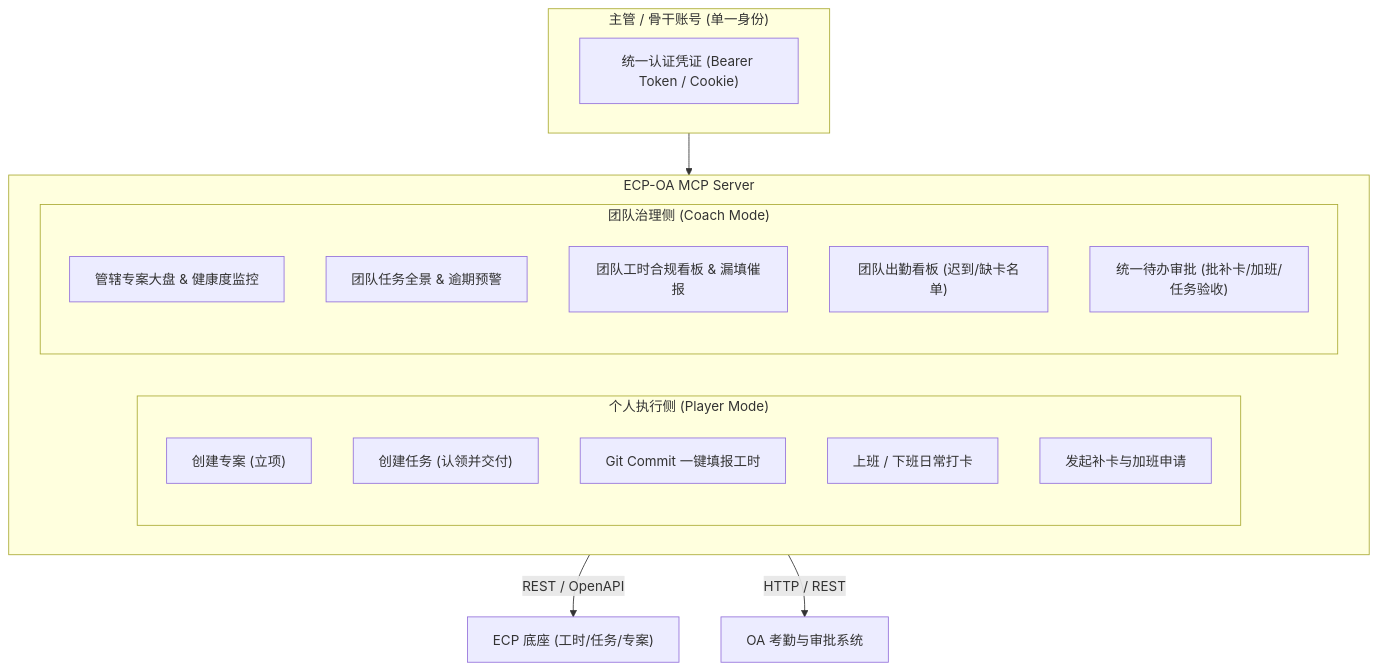
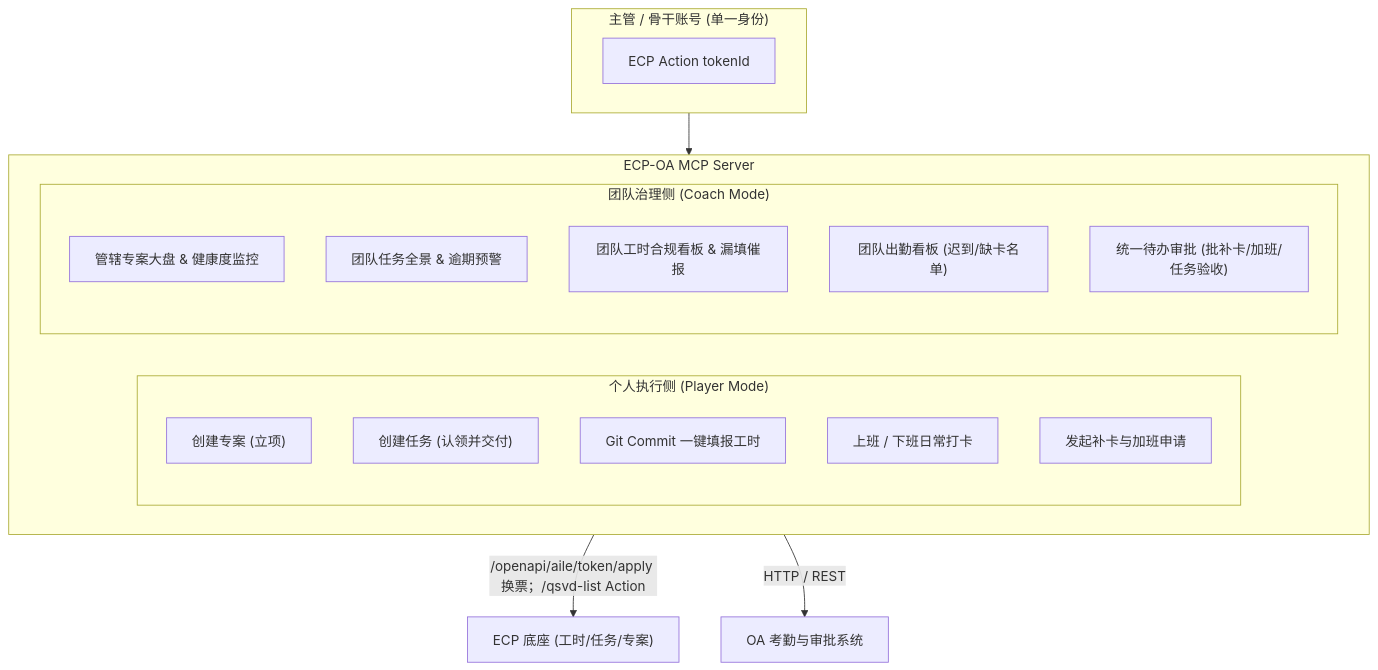
Before and after one commit to qiuyusong/ecp-oa-mcp: the diagram in README.md, drawn with Mermaid. The commit also changed other lines of this file and 29 other files, not shown here.

````diff
--- a/README.md
+++ b/README.md
@@ -13,28 +13,28 @@
 ```mermaid
 flowchart TD
     subgraph Identity ["主管 / 骨干账号 (单一身份)"]
-        Token["统一认证凭证 (Bearer Token / Cookie)"]
+        Token["ECP Action tokenId"]
     end
 
     subgraph MCPServer ["ECP-OA MCP Server"]
         subgraph Maker ["个人执行侧 (Player Mode)"]
             M1["创建专案 (立项)"]
             M2["创建任务 (认领并交付)"]
             M3["Git Commit 一键填报工时"]
             M4["上班 / 下班日常打卡"]
             M5["发起补卡与加班申请"]
         end
 
         subgraph Manager ["团队治理侧 (Coach Mode)"]
             R1["管辖专案大盘 & 健康度监控"]
             R2["团队任务全景 & 逾期预警"]
             R3["团队工时合规看板 & 漏填催报"]
             R4["团队出勤看板 (迟到/缺卡名单)"]
             R5["统一待办审批 (批补卡/加班/任务验收)"]
         end
     end
 
     Identity --> MCPServer
-    MCPServer -->|REST / OpenAPI| ECP["ECP 底座 (工时/任务/专案)"]
+    MCPServer -->|/openapi/aile/token/apply 换票；/qsvd-list Action| ECP["ECP 底座 (工时/任务/专案)"]
     MCPServer -->|HTTP / REST| OA["OA 考勤与审批系统"]
 ```
````
